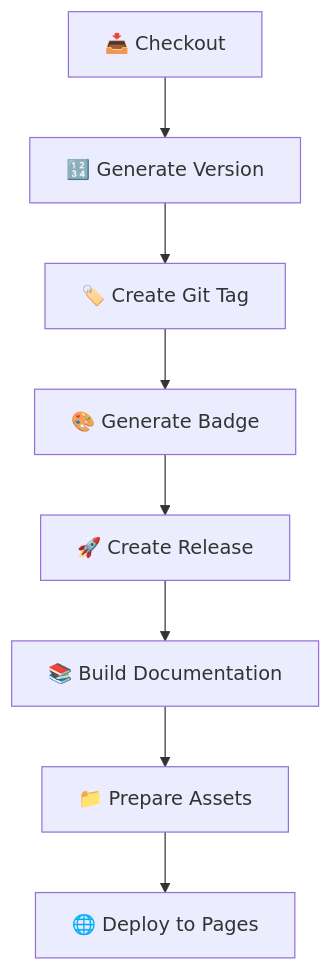
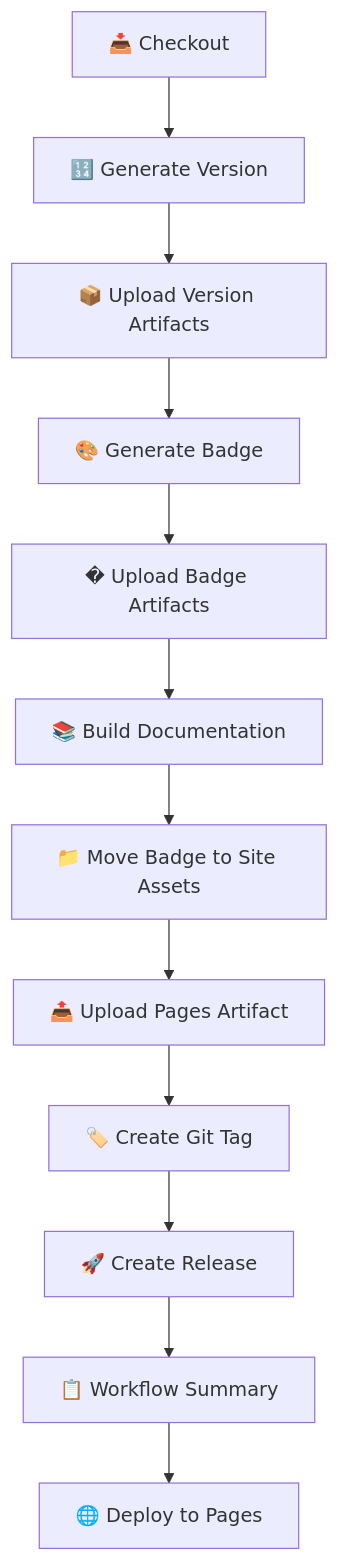
The diagram in README.md (framinosona/Github_Actions), drawn with Mermaid before and after one commit. The commit also changed other lines of this file, not shown here.

First line of the commit message:
docs (README): update pipeline docs with artifacts and deployment details

````diff
--- a/README.md
+++ b/README.md
@@ -55,10 +55,14 @@
 ```mermaid
 graph TD
     A[📥 Checkout] --> B[🔢 Generate Version]
-    B --> C[🏷️ Create Git Tag]
+    B --> C[📦 Upload Version Artifacts]
     C --> D[🎨 Generate Badge]
-    D --> E[🚀 Create Release]
+    D --> E[� Upload Badge Artifacts]
     E --> F[📚 Build Documentation]
-    F --> G[📁 Prepare Assets]
-    G --> H[🌐 Deploy to Pages]
+    F --> G[📁 Move Badge to Site Assets]
+    G --> H[📤 Upload Pages Artifact]
+    H --> I[🏷️ Create Git Tag]
+    I --> J[🚀 Create Release]
+    J --> K[📋 Workflow Summary]
+    K --> L[🌐 Deploy to Pages]
 ```
````
